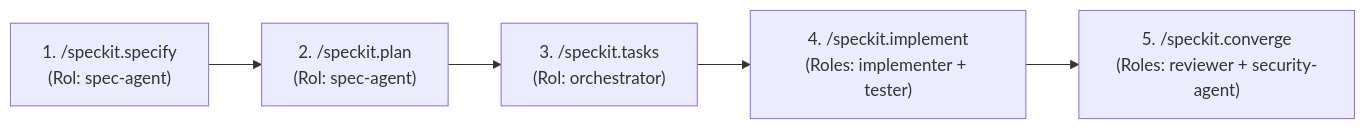
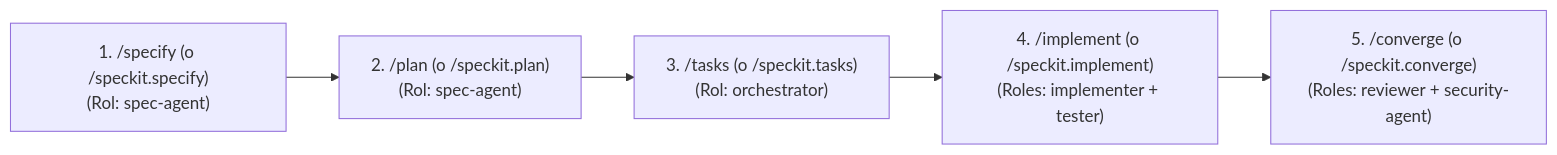
The diagram in .agents/skills/speckit-sdd/SKILL.md (BeLc3bU/elite-agent-bootstrap), drawn with Mermaid before and after one commit. The commit also changed other lines of this file and 34 other files, not shown here.

````diff
--- a/.agents/skills/speckit-sdd/SKILL.md
+++ b/.agents/skills/speckit-sdd/SKILL.md
@@ -29,7 +29,7 @@
 ```mermaid
 flowchart LR
-    A["1. /speckit.specify\n(Rol: spec-agent)"] --> B["2. /speckit.plan\n(Rol: spec-agent)"]
-    B --> C["3. /speckit.tasks\n(Rol: orchestrator)"]
-    C --> D["4. /speckit.implement\n(Roles: implementer + tester)"]
-    D --> E["5. /speckit.converge\n(Roles: reviewer + security-agent)"]
+    A["1. /specify (o /speckit.specify)\n(Rol: spec-agent)"] --> B["2. /plan (o /speckit.plan)\n(Rol: spec-agent)"]
+    B --> C["3. /tasks (o /speckit.tasks)\n(Rol: orchestrator)"]
+    C --> D["4. /implement (o /speckit.implement)\n(Roles: implementer + tester)"]
+    D --> E["5. /converge (o /speckit.converge)\n(Roles: reviewer + security-agent)"]
 ```
````
